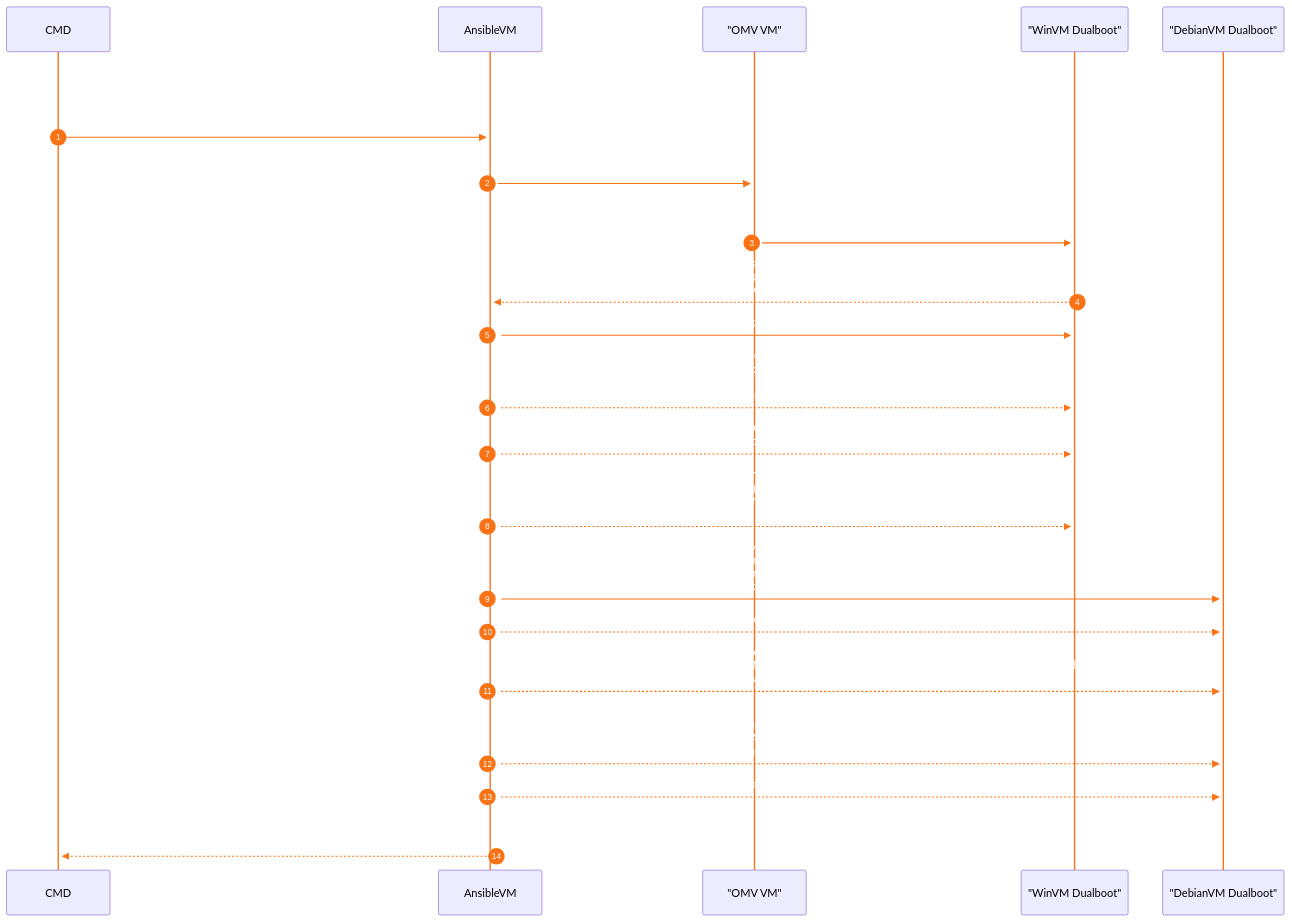
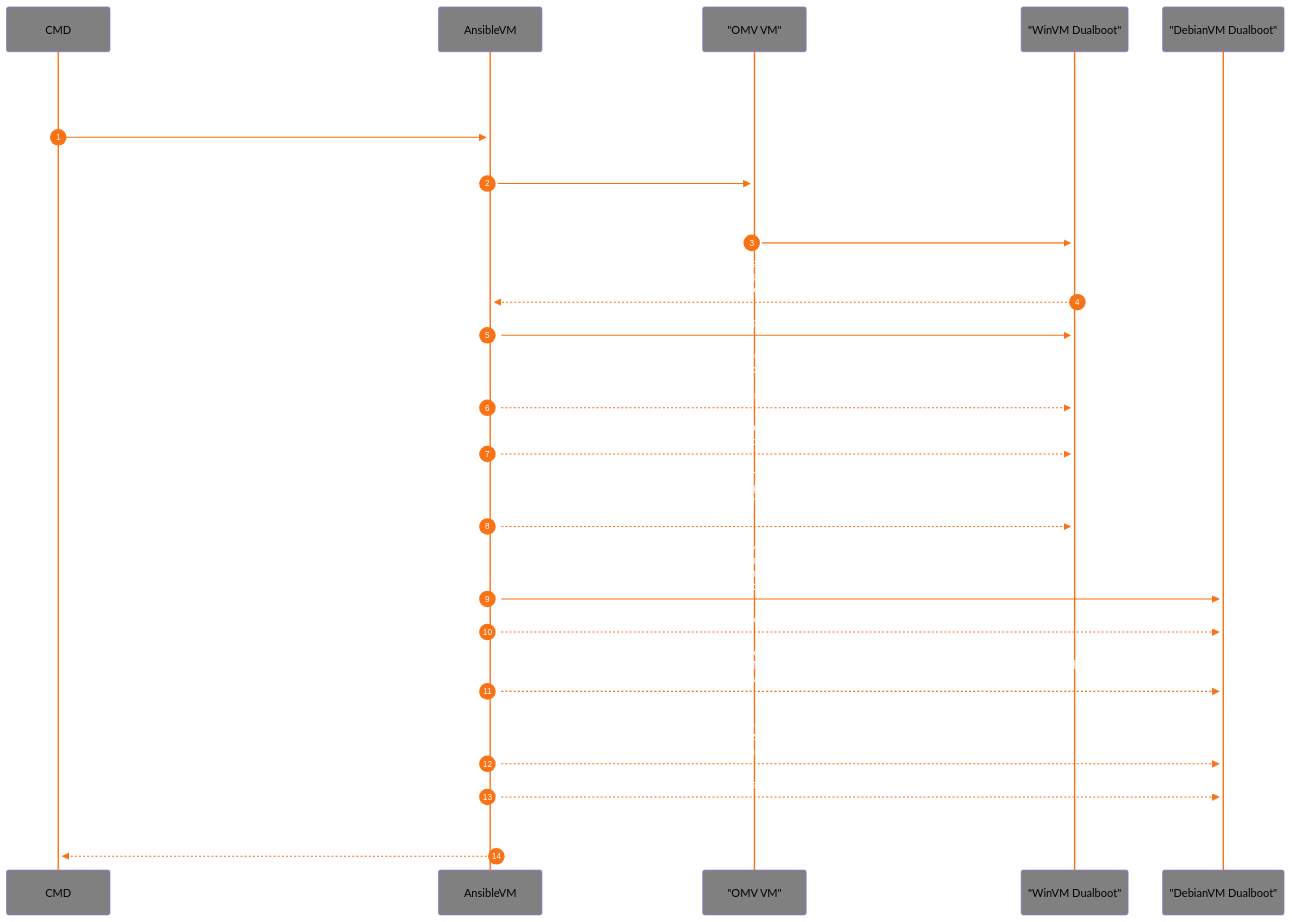
The second of 3 diagrams in README.md (znach-lab/main-goal), drawn with Mermaid before and after one commit.

````diff
--- a/README.md
+++ b/README.md
@@ -57,32 +57,35 @@
 ```mermaid
 %%{init: {'theme':'default', 'themeVariables': {
   'lineColor': '#f97316',
   'actorLineColor': '#f97316',
   'signalColor': '#f97316',
-  'signalTextColor': '#ffffff'
+  'signalTextColor': '#ffffff',
+  'actorBkg': '#808080',
+  'signalBkg': '#808080'
 }}}%%
+
 
 
 sequenceDiagram
     autonumber
     participant CMD
     participant AnsibleVM
     participant OMV as "OMV VM"
     participant WIN as "WinVM Dualboot"
     participant DEB as "DebianVM Dualboot"
 
     CMD->>+AnsibleVM: Type "vagrant up" on command line<br/>Ansible VM has a pre-up trigger<br/>First it allocates {subnet}.10 IP for<br/>WinVM Dualboot and DebianVM Dualboot<br/>Then it saves these IP values into hosts_win.ini and hosts_lin.ini
     AnsibleVM->>+OMV: OMV VM installation is triggered by a trigger<br/>AnsibleVM offline
     OMV->>+WIN: OMV VM is installed into disk.vmdk<br/>This disk folder will be shared with Windows via rsync<br/>The second trigger starts Dualboot Windows installation
     WIN-->>+AnsibleVM: After Dualboot Windows starts it becomes controllable with Ansible<br/>Then qemu is installed or updated and WHPX features are enabled<br/>After that the Vagrantfile sends a boot trigger to AnsibleVM for remaining operations
     AnsibleVM->>+WIN: When AnsibleVM is up it runs its playbooks in sequence
     AnsibleVM-->>+WIN: shrink_disk.yml shrinks 20 GB from C: and formats as D:// (exFAT)<br/>Reason: D:// will host OMV disks<br/>exFAT is readable by Windows - Linux - macOS<br/>This provides seamless access to the OMV VM
     AnsibleVM-->>+WIN: copy_disks.yml copies OMV disks disk.vmdk and disk1.vmdk<br/>from the shared folder to the new exFAT formatted D:// drive
     AnsibleVM-->>+WIN: start_vm.yml creates two files in Windows<br/>A PS1 file with qemu startup parameters using WHPX to boot disk.vmdk and disk1.vmdk in BIOS mode<br/>A BAT file in Startup that triggers the PS1 at every Windows boot<br/>This automatically starts qemu and the OMV VM
     AnsibleVM->>+DEB: After WinVM Dualboot tasks are done a trigger shuts down WinVM<br/>Then installation continues with a custom Debian ISO with preseed<br/>During install it gets an IP via DHCP and derives the subnet<br/>Then it assigns {subnet}.10 statically so DebianVM Dualboot is manageable with Ansible
     AnsibleVM-->>+DEB: install_qemu_on_debian.yml installs qemu automatically on DebianVM Dualboot
     AnsibleVM-->>+DEB: start_vm_when_reboot_debian.yml adds qemu parameters so that on every reboot<br/>a service auto starts the OMV VM using disk.vmdk and disk1.vmdk from the mounted OMV disk<br/>Port forwarding sets OMV SSH to 2222 and HTTP to 8080
     AnsibleVM-->>+DEB: change_vda.yml attaches the WinVM Dualboot virtual disk as a second disk<br/>so DebianVM can access the OMV VM on first boot<br/>On this VM the exFAT partition appears as vdb2 but on the main VM it will be vda2<br/>To avoid issues fstab is updated from vdb2 to vda2
     AnsibleVM-->>+DEB: After all Debian tasks finish shutdown_lin.yml powers off DebianVM Dualboot
     AnsibleVM-->>+CMD: When all VMs are ready extra VM definitions are cleaned via virsh<br/>Then ./change_boot.sh makes the DebianVM Dualboot disk bootable in WinVM<br/>and sets it as the first boot device
 ```
````
